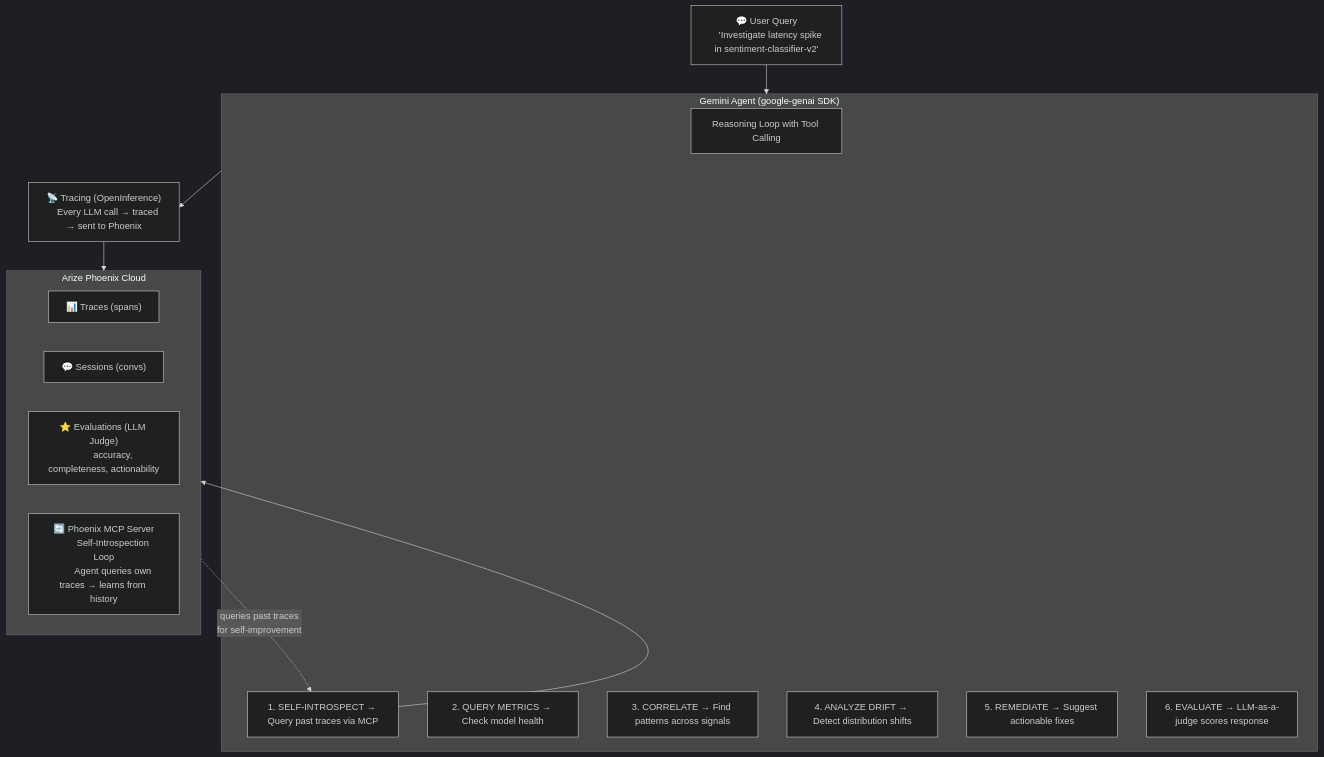
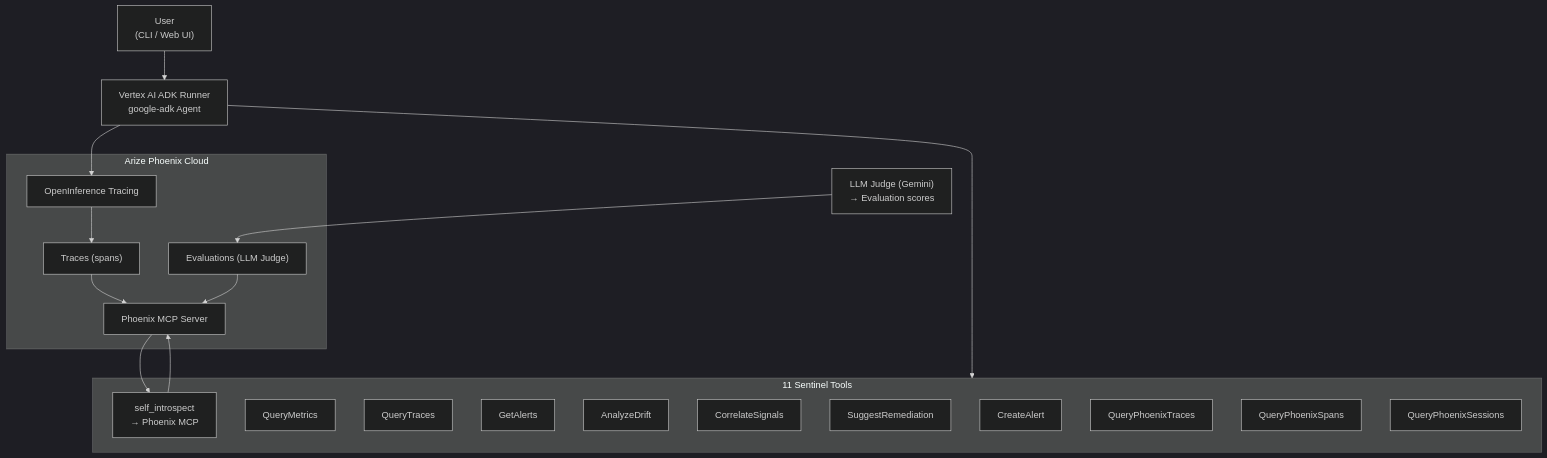
The second of 2 diagrams in README.md (dumbL4d/sentinel-sre-agent), drawn with Mermaid (dark theme) before and after one commit. The commit also changed other lines of this file and 2 other files, not shown here.

````diff
--- a/README.md
+++ b/README.md
@@ -20,36 +63,38 @@
 ```mermaid
 flowchart TD
-    UQ["💬 User Query
-    'Investigate latency spike in sentiment-classifier-v2'"]
+    User["User<br/>(CLI / Web UI)"]
+    ADK["Vertex AI ADK Runner<br/>google-adk Agent"]
 
-    subgraph AG["Gemini Agent (google-genai SDK)"]
-        RL["Reasoning Loop with Tool Calling"]
-        S1["1. SELF-INTROSPECT → Query past traces via MCP"]
-        S2["2. QUERY METRICS → Check model health"]
-        S3["3. CORRELATE → Find patterns across signals"]
-        S4["4. ANALYZE DRIFT → Detect distribution shifts"]
-        S5["5. REMEDIATE → Suggest actionable fixes"]
-        S6["6. EVALUATE → LLM-as-a-judge scores response"]
+    subgraph Tools["11 Sentinel Tools"]
+        SI["self_introspect<br/>→ Phoenix MCP"]
+        QM["QueryMetrics"]
+        QT["QueryTraces"]
+        GA["GetAlerts"]
+        AD["AnalyzeDrift"]
+        CS["CorrelateSignals"]
+        SR["SuggestRemediation"]
+        CA["CreateAlert"]
+        PT["QueryPhoenixTraces"]
+        PS["QueryPhoenixSpans"]
+        PSE["QueryPhoenixSessions"]
     end
 
-    TR["📡 Tracing (OpenInference)
-    Every LLM call → traced → sent to Phoenix"]
-
-    subgraph PX["Arize Phoenix Cloud"]
-        direction LR
-        T["📊 Traces (spans)"]
-        S["💬 Sessions (convs)"]
-        E["⭐ Evaluations (LLM Judge)
-        accuracy, completeness, actionability"]
-        MCP["🔄 Phoenix MCP Server
-        Self-Introspection Loop
-        Agent queries own traces → learns from history"]
+    subgraph Phoenix["Arize Phoenix Cloud"]
+        OTEL["OpenInference Tracing"]
+        TRACES["Traces (spans)"]
+        EVALS["Evaluations (LLM Judge)"]
+        MCP["Phoenix MCP Server"]
     end
 
-    UQ --> AG
-    S1 --> MCP
-    AG --> TR
-    TR --> PX
-    MCP -.->|"queries past traces
-    for self-improvement"| S1
+    Judge["LLM Judge (Gemini)<br/>→ Evaluation scores"]
+
+    User --> ADK
+    ADK --> Tools
+    SI --> MCP
+    MCP --> SI
+    ADK --> OTEL
+    OTEL --> TRACES
+    TRACES --> MCP
+    Judge --> EVALS
+    EVALS --> MCP
 ```
````
